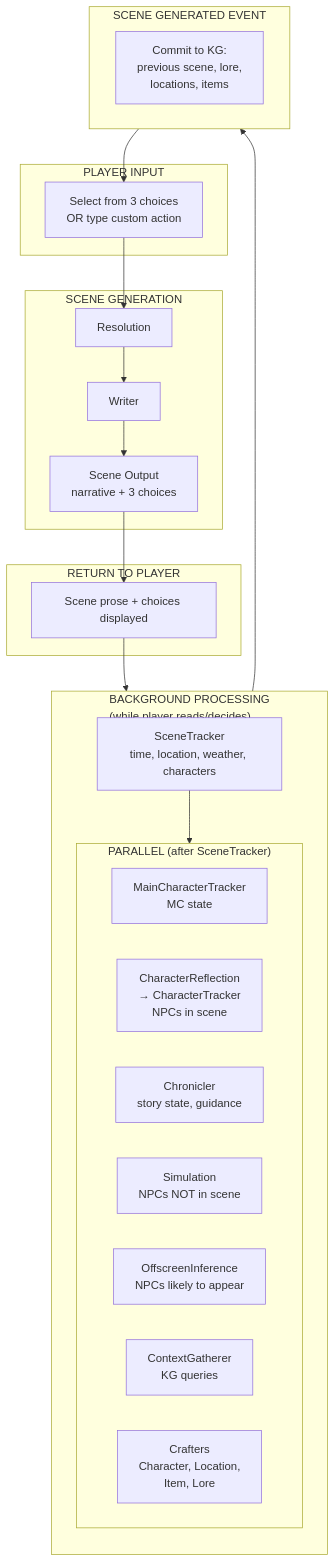
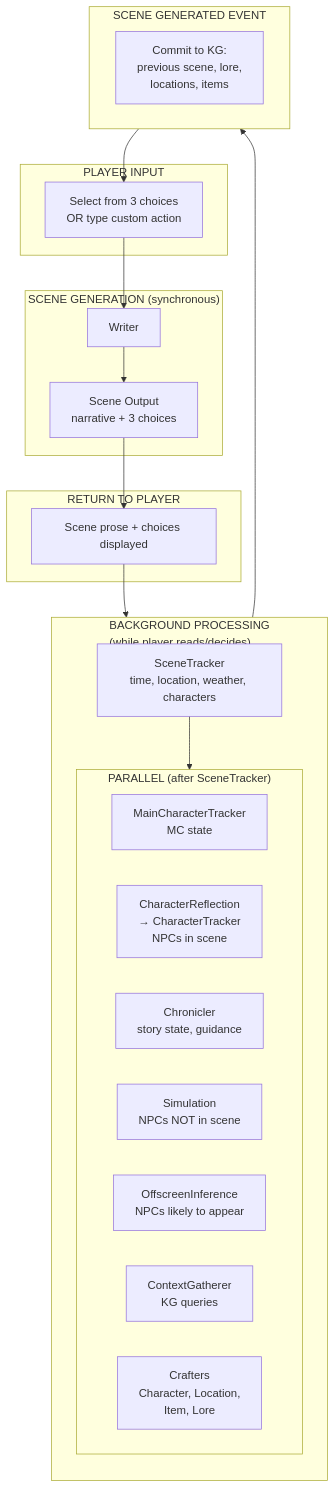
The first of 2 diagrams in doc/FableCraftSystemOverview.md (Czopenchauer/FableCraft), drawn with Mermaid before and after one commit. The commit also changed other lines of this file, not shown here.

Commit message:
feat: doc for scene tracer, writer and main character tracker

````diff
--- a/doc/FableCraftSystemOverview.md
+++ b/doc/FableCraftSystemOverview.md
@@ -46,43 +48,42 @@
 ```mermaid
 flowchart TD
     subgraph Input["PLAYER INPUT"]
         PI[Select from 3 choices<br/>OR type custom action]
     end
 
-    subgraph Scene["SCENE GENERATION"]
-        R[Resolution] --> W[Writer]
-        W --> SO[Scene Output<br/>narrative + 3 choices]
+    subgraph Scene["SCENE GENERATION (synchronous)"]
+        W[Writer] --> SO[Scene Output<br/>narrative + 3 choices]
     end
 
     subgraph Return["RETURN TO PLAYER"]
         Display[Scene prose + choices displayed]
     end
 
     subgraph Background["BACKGROUND PROCESSING<br/>(while player reads/decides)"]
         direction TB
         ST[SceneTracker<br/>time, location, weather, characters]
         
         subgraph Parallel["PARALLEL (after SceneTracker)"]
             direction LR
             MCT[MainCharacterTracker<br/>MC state]
             CRchain[CharacterReflection<br/>→ CharacterTracker<br/>NPCs in scene]
             CH[Chronicler<br/>story state, guidance]
             SIM[Simulation<br/>NPCs NOT in scene]
             OI[OffscreenInference<br/>NPCs likely to appear]
             CG[ContextGatherer<br/>KG queries]
             Craft[Crafters<br/>Character, Location,<br/>Item, Lore]
         end
         
         ST --> Parallel
     end
 
     subgraph Commit["SCENE GENERATED EVENT"]
         KGCommit[Commit to KG:<br/>previous scene, lore,<br/>locations, items]
     end
 
-    PI --> R
+    PI --> W
     SO --> Display
     Display --> Background
     Background --> Commit
     Commit --> PI
 ```
````
